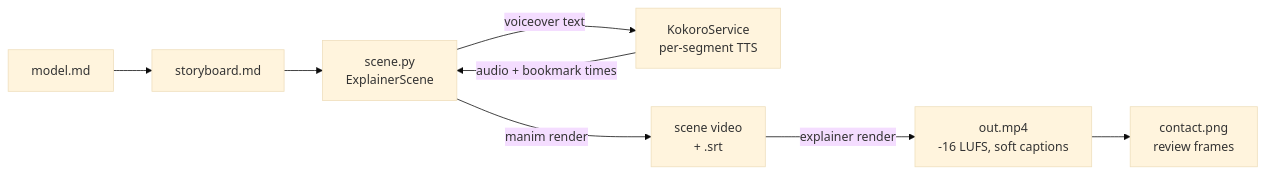
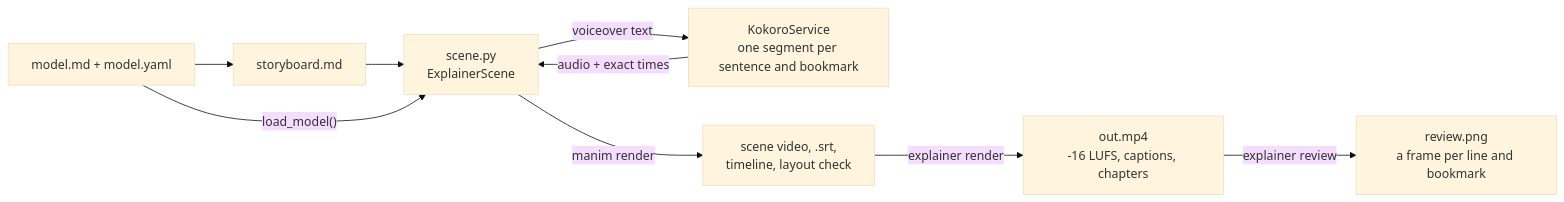
The diagram in docs/video-pipeline.md (ifrit98/Explainer), drawn with Mermaid (base theme) before and after one commit. The commit also changed other lines of this file and 72 other files, not shown here.

````diff
--- a/docs/video-pipeline.md
+++ b/docs/video-pipeline.md
@@ -5,10 +5,11 @@
 ```mermaid
 flowchart LR
-    M[model.md] --> S[storyboard.md]
+    M["model.md + model.yaml"] --> S[storyboard.md]
     S --> P["scene.py<br/>ExplainerScene"]
-    P -->|"voiceover text"| K["KokoroService<br/>per-segment TTS"]
-    K -->|"audio + bookmark times"| P
-    P -->|"manim render"| R["scene video<br/>+ .srt"]
-    R -->|"explainer render"| O["out.mp4<br/>-16 LUFS, soft captions"]
-    O --> C["contact.png<br/>review frames"]
+    M -->|"load_model()"| P
+    P -->|"voiceover text"| K["KokoroService<br/>one segment per sentence and bookmark"]
+    K -->|"audio + exact times"| P
+    P -->|"manim render"| R["scene video, .srt,<br/>timeline, layout check"]
+    R -->|"explainer render"| O["out.mp4<br/>-16 LUFS, captions, chapters"]
+    O -->|"explainer review"| C["review.png<br/>a frame per line and bookmark"]
 ```
````
